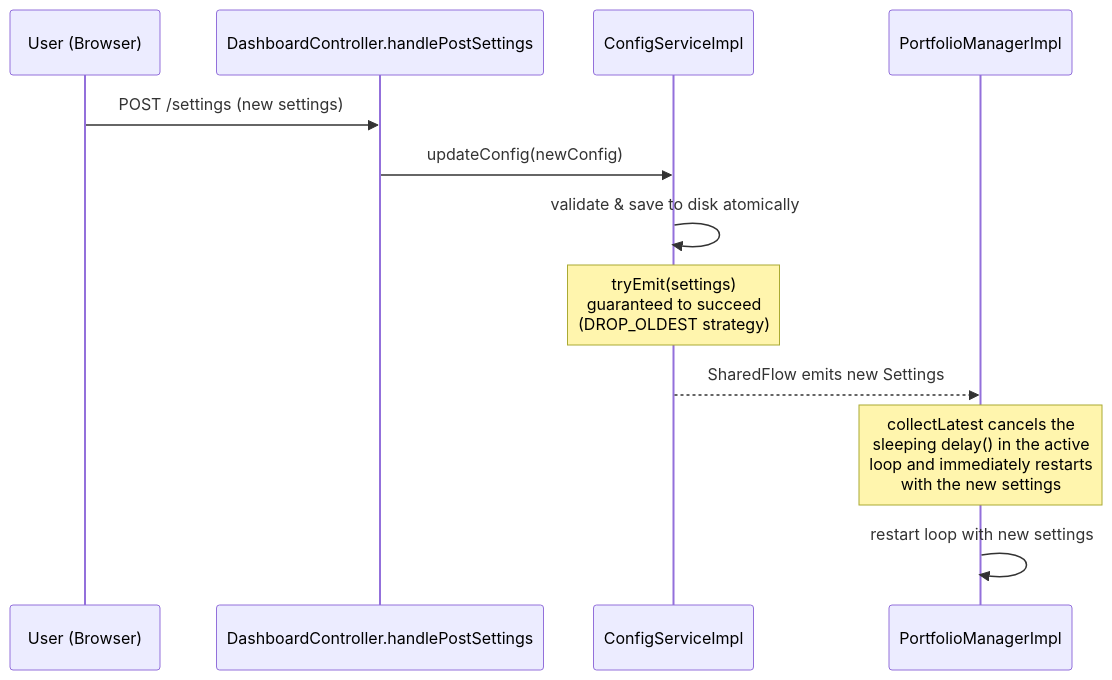
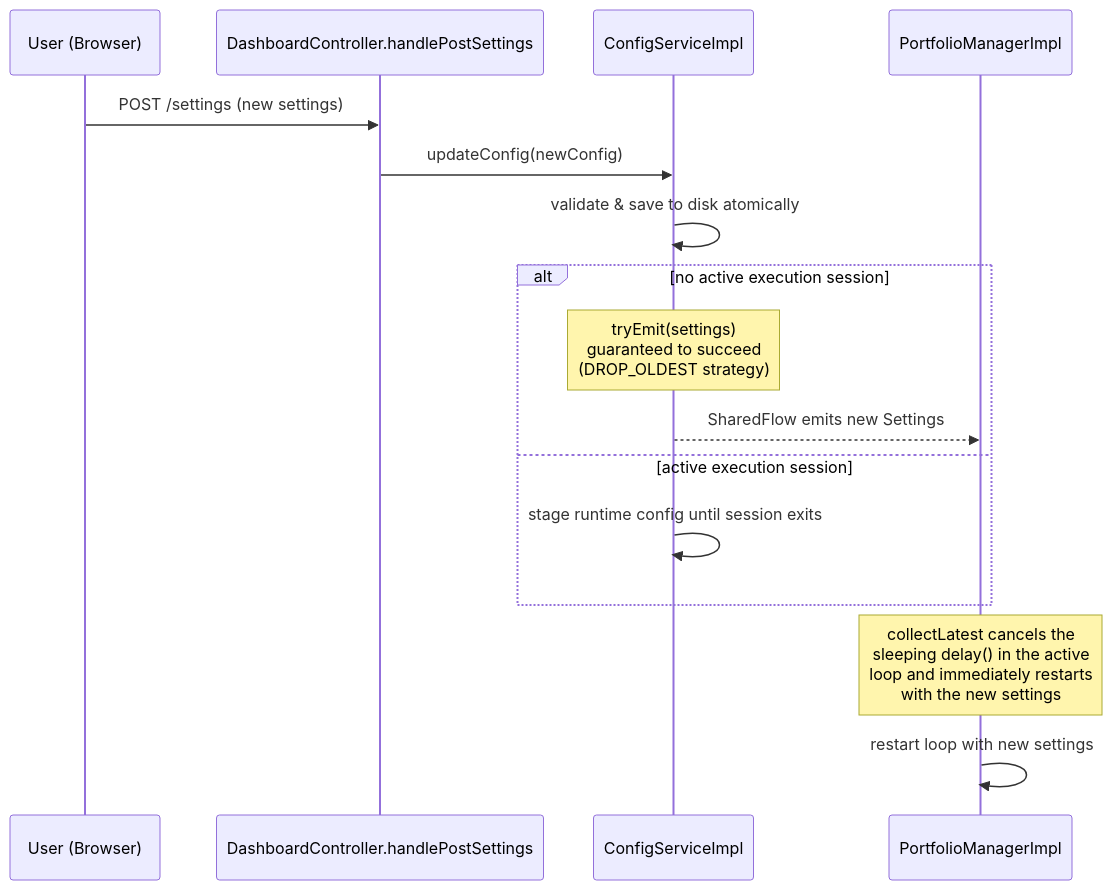
The second of 6 diagrams in docs/FLOWS.md (HyperVon/new-kraken-rebalancer), drawn with Mermaid before and after one commit. The commit also changed other lines of this file and 21 other files, not shown here.

````diff
--- a/docs/FLOWS.md
+++ b/docs/FLOWS.md
@@ -104,16 +104,20 @@
 ```mermaid
 sequenceDiagram
     participant User as User (Browser)
     participant API as DashboardController.handlePostSettings
     participant CS as ConfigServiceImpl
     participant PM as PortfolioManagerImpl
 
     User->>API: POST /settings (new settings)
     API->>CS: updateConfig(newConfig)
     CS->>CS: validate & save to disk atomically
-    note over CS: tryEmit(settings)<br/>guaranteed to succeed<br/>(DROP_OLDEST strategy)
-    CS-->>PM: SharedFlow emits new Settings
+    alt no active execution session
+        note over CS: tryEmit(settings)<br/>guaranteed to succeed<br/>(DROP_OLDEST strategy)
+        CS-->>PM: SharedFlow emits new Settings
+    else active execution session
+        CS->>CS: stage runtime config until session exits
+    end
 
     note over PM: collectLatest cancels the<br/>sleeping delay() in the active<br/>loop and immediately restarts<br/>with the new settings
     PM->>PM: restart loop with new settings
 ```
````
